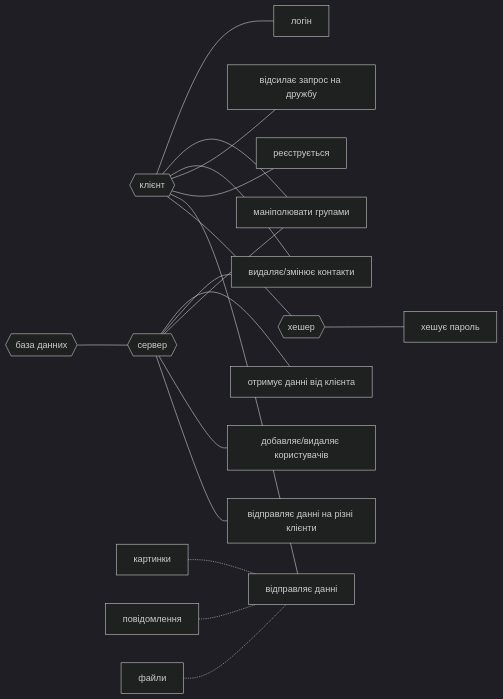
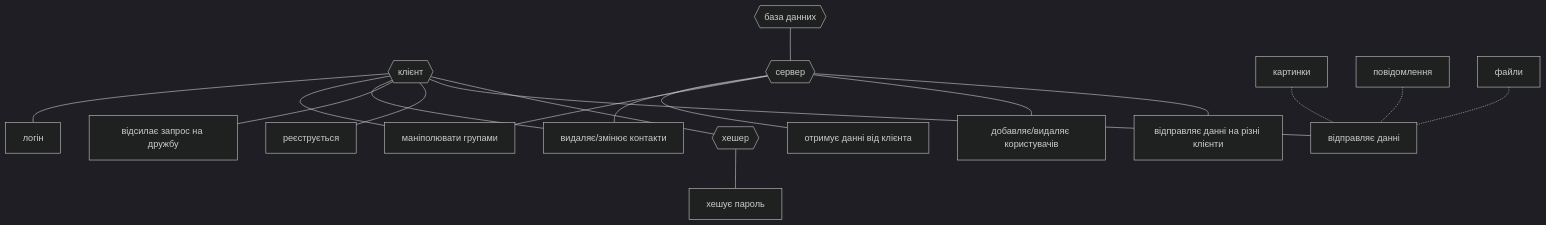
The diagram in docs/use-case.md (flurium/babble), drawn with Mermaid (dark theme) before and after one commit.

````diff
--- a/docs/use-case.md
+++ b/docs/use-case.md
@@ -1,35 +1,35 @@
 ```mermaid
-flowchart LR
+flowchart TD
   client{{клієнт}}
   hasher{{хешер}}
   server{{сервер}}
   bd{{база данних}}
 
 
   rcc[видаляє/змінює контакти]
   csd[відправляє данні]
   mg[маніполювати групами]
 
   картинки-.-csd
   повідомлення-.-csd
   файли-.-csd
 
   hasher---hp[хешує пароль]
   client---hasher
 
   client---csd
   client---c1[реєструється]
   client---c2[відсилає запрос на дружбу]
   client---rcc
   client---mg
   client---c4[логін]
  
   server---s2[відправляє данні на різні клієнти]
   server---sau[добавляє/видаляє користувачів]
   server---mg
   server---rcc
   server---s1[отримує данні від клієнта]
 
   bd---server
 
 ```
````
